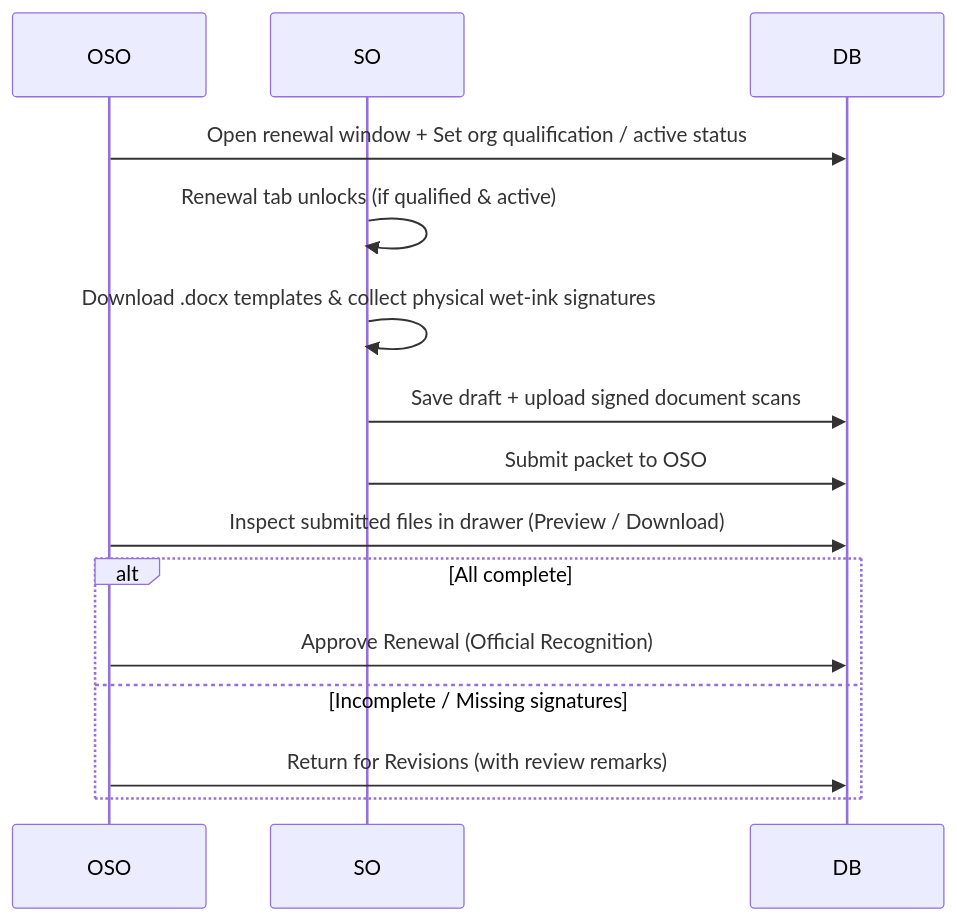
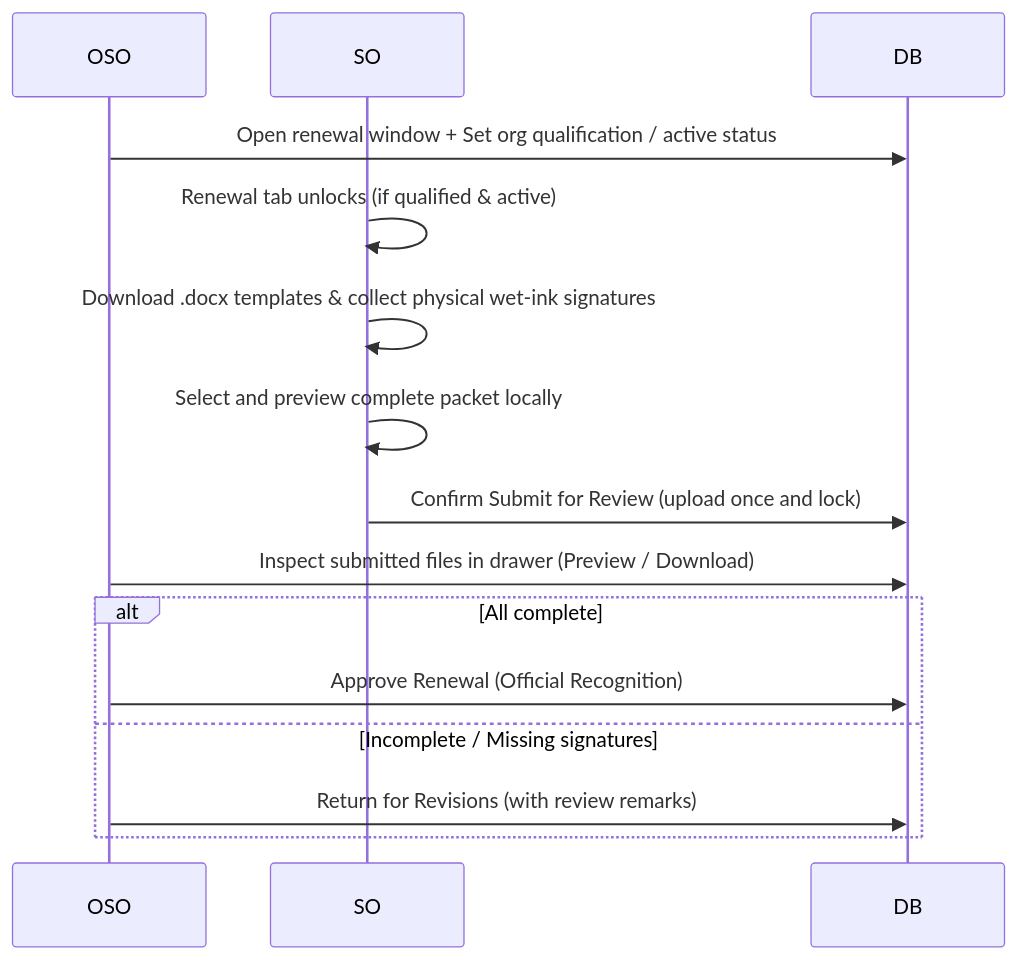
The diagram in ORGCHAIN/02 - Subsystems and Modules/Office Portal and Administrative Desk/Organization Renewal Filing Window.md (chals1029/OrgChainProject), drawn with Mermaid before and after one commit. The commit also changed other lines of this file and 91 other files, not shown here.

````diff
--- a/ORGCHAIN/02 - Subsystems and Modules/Office Portal and Administrative Desk/Organization Renewal Filing Window.md
+++ b/ORGCHAIN/02 - Subsystems and Modules/Office Portal and Administrative Desk/Organization Renewal Filing Window.md
@@ -72,17 +72,17 @@
 ```mermaid
 sequenceDiagram
   participant OSO
   participant SO
   participant DB
   OSO->>DB: Open renewal window + Set org qualification / active status
   SO->>SO: Renewal tab unlocks (if qualified & active)
   SO->>SO: Download .docx templates & collect physical wet-ink signatures
-  SO->>DB: Save draft + upload signed document scans
-  SO->>DB: Submit packet to OSO
+  SO->>SO: Select and preview complete packet locally
+  SO->>DB: Confirm Submit for Review (upload once and lock)
   OSO->>DB: Inspect submitted files in drawer (Preview / Download)
   alt All complete
     OSO->>DB: Approve Renewal (Official Recognition)
   else Incomplete / Missing signatures
     OSO->>DB: Return for Revisions (with review remarks)
   end
 ```
````
